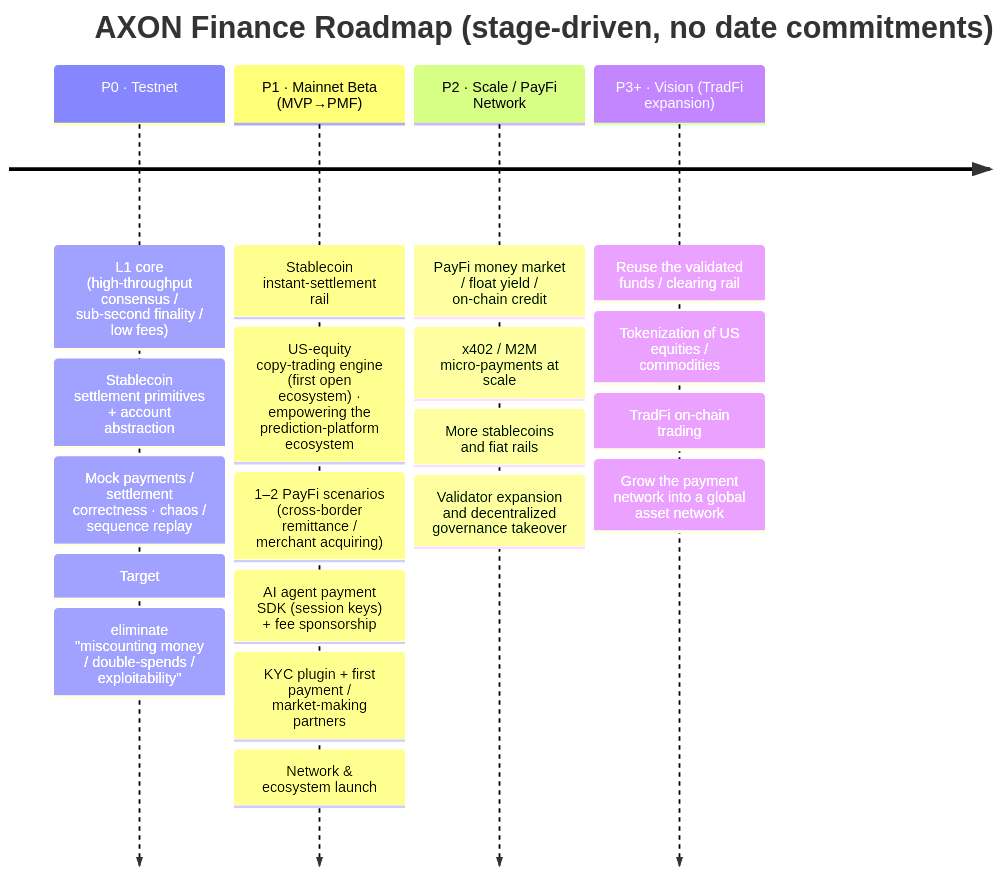
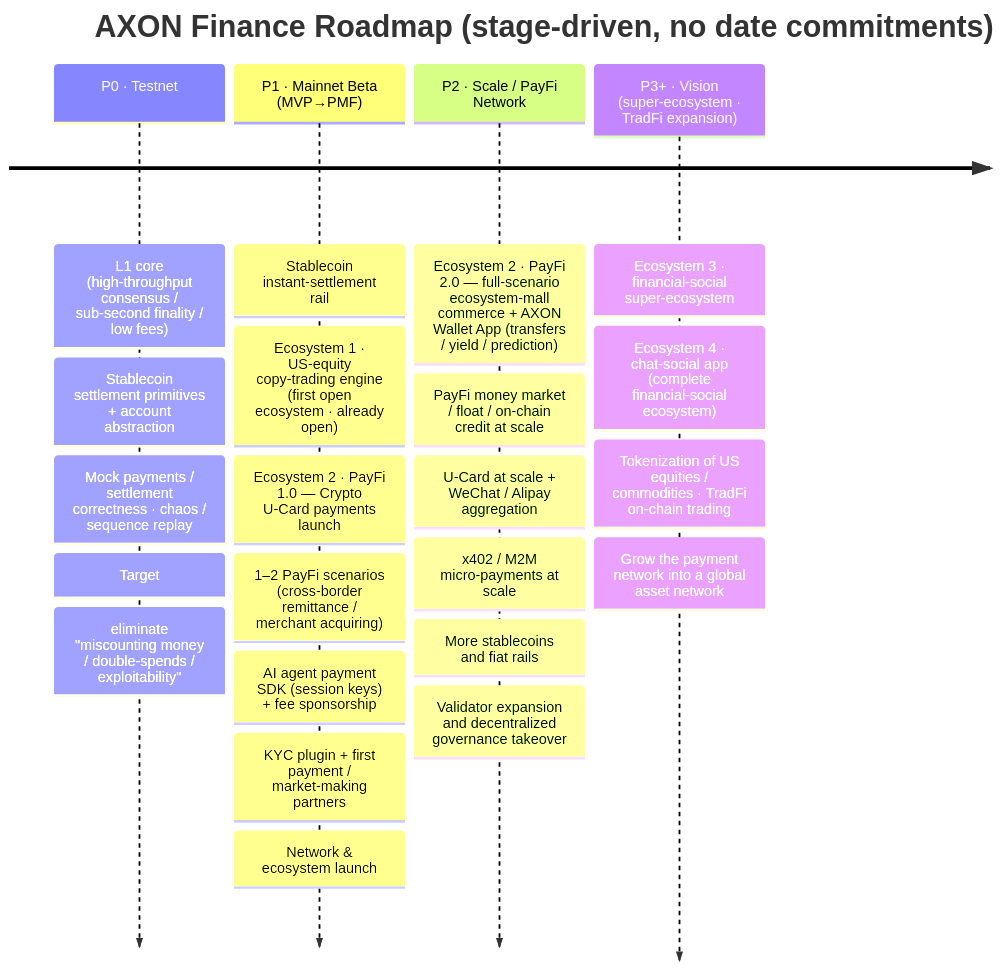
Before and after one commit to AIVIVEHQ/axon-whitepaper: the first of 2 diagrams in en/part6-roadmap/6-1-roadmap.md, drawn with Mermaid. The commit also changed other lines of this file and 17 other files, not shown here.

````diff
--- a/en/part6-roadmap/6-1-roadmap.md
+++ b/en/part6-roadmap/6-1-roadmap.md
@@ -12,8 +12,8 @@
 ```mermaid
 timeline
     title AXON Finance Roadmap (stage-driven, no date commitments)
     P0 · Testnet : L1 core (high-throughput consensus / sub-second finality / low fees) : Stablecoin settlement primitives + account abstraction : Mock payments / settlement correctness · chaos / sequence replay : Target: eliminate "miscounting money / double-spends / exploitability"
-    P1 · Mainnet Beta (MVP→PMF) : Stablecoin instant-settlement rail : US-equity copy-trading engine (first open ecosystem) · empowering the prediction-platform ecosystem : 1–2 PayFi scenarios (cross-border remittance / merchant acquiring) : AI agent payment SDK (session keys) + fee sponsorship : KYC plugin + first payment / market-making partners : Network & ecosystem launch
-    P2 · Scale / PayFi Network : PayFi money market / float yield / on-chain credit : x402 / M2M micro-payments at scale : More stablecoins and fiat rails : Validator expansion and decentralized governance takeover
-    P3+ · Vision (TradFi expansion) : Reuse the validated funds / clearing rail : Tokenization of US equities / commodities : TradFi on-chain trading : Grow the payment network into a global asset network
+    P1 · Mainnet Beta (MVP→PMF) : Stablecoin instant-settlement rail : Ecosystem 1 · US-equity copy-trading engine (first open ecosystem · already open) : Ecosystem 2 · PayFi 1.0 — Crypto U-Card payments launch : 1–2 PayFi scenarios (cross-border remittance / merchant acquiring) : AI agent payment SDK (session keys) + fee sponsorship : KYC plugin + first payment / market-making partners : Network & ecosystem launch
+    P2 · Scale / PayFi Network : Ecosystem 2 · PayFi 2.0 — full-scenario ecosystem-mall commerce + AXON Wallet App (transfers / yield / prediction) : PayFi money market / float / on-chain credit at scale : U-Card at scale + WeChat / Alipay aggregation : x402 / M2M micro-payments at scale : More stablecoins and fiat rails : Validator expansion and decentralized governance takeover
+    P3+ · Vision (super-ecosystem · TradFi expansion) : Ecosystem 3 · financial-social super-ecosystem : Ecosystem 4 · chat-social app (complete financial-social ecosystem) : Tokenization of US equities / commodities · TradFi on-chain trading : Grow the payment network into a global asset network
 ```
````
